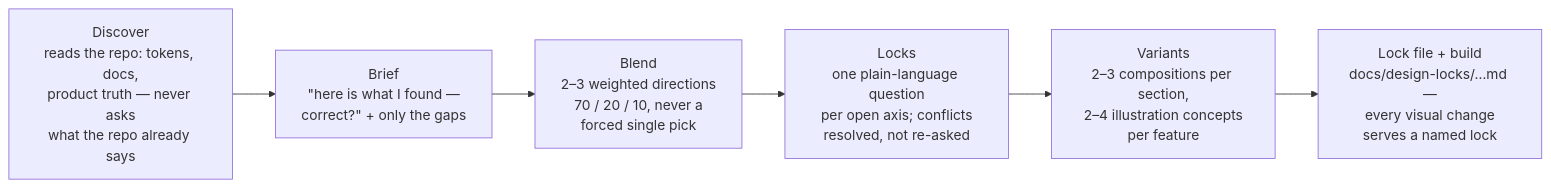
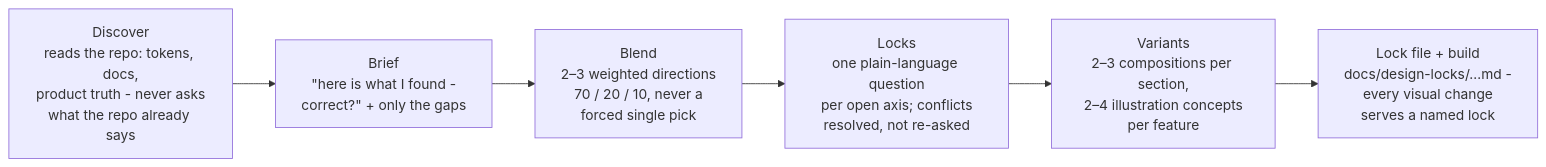
One commit to Stianlars1/drawn-to changed the diagram in README.md. Above: the diagram before and after it, drawn with Mermaid. The commit also changed other lines of this file and 73 other files, not shown here.

````diff
--- a/README.md
+++ b/README.md
@@ -47,8 +47,8 @@
 ```mermaid
 flowchart LR
-  A["Discover<br/>reads the repo: tokens, docs,<br/>product truth — never asks<br/>what the repo already says"] --> B["Brief<br/>&quot;here is what I found —<br/>correct?&quot; + only the gaps"]
+  A["Discover<br/>reads the repo: tokens, docs,<br/>product truth - never asks<br/>what the repo already says"] --> B["Brief<br/>&quot;here is what I found  - <br/>correct?&quot; + only the gaps"]
   B --> C["Blend<br/>2–3 weighted directions<br/>70 / 20 / 10, never a<br/>forced single pick"]
   C --> D["Locks<br/>one plain-language question<br/>per open axis; conflicts<br/>resolved, not re-asked"]
   D --> E["Variants<br/>2–3 compositions per section,<br/>2–4 illustration concepts<br/>per feature"]
-  E --> F["Lock file + build<br/>docs/design-locks/…md —<br/>every visual change<br/>serves a named lock"]
+  E --> F["Lock file + build<br/>docs/design-locks/…md  - <br/>every visual change<br/>serves a named lock"]
 ```
````
